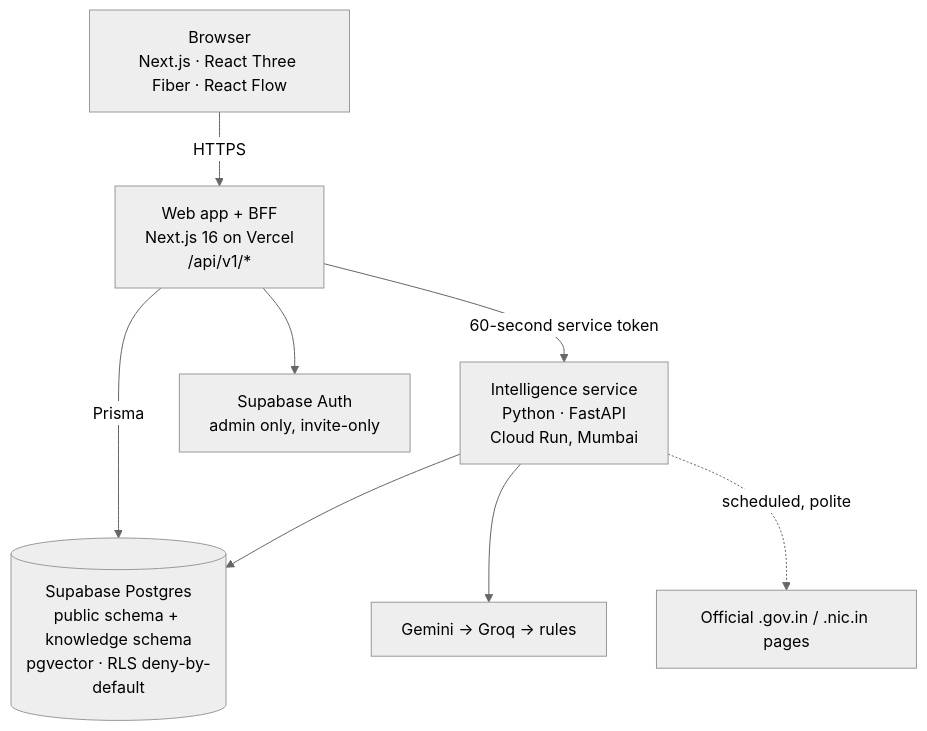
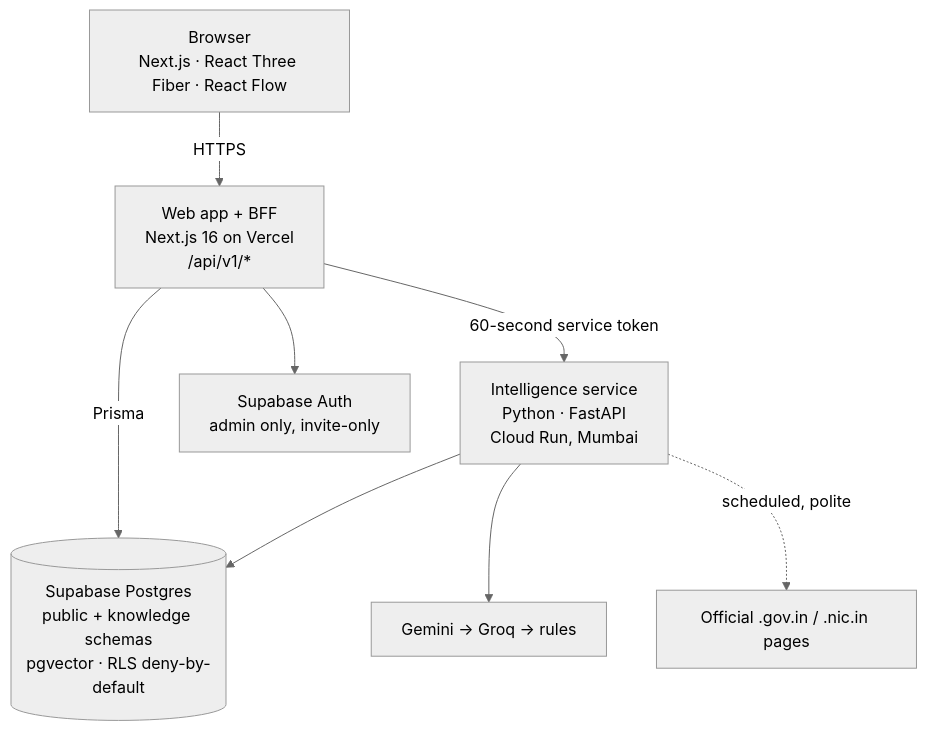
One commit to Gurpreet-pixel-hue/DamnSon changed the second of 4 diagrams in docs/ppt-assets/slidedeck-prompt.md. Above: the diagram before and after it, drawn with Mermaid (neutral theme). The commit also changed other lines of this file and 1 other file, not shown here.

````diff
--- a/docs/ppt-assets/slidedeck-prompt.md
+++ b/docs/ppt-assets/slidedeck-prompt.md
@@ -80,10 +74,10 @@
 ```mermaid
 flowchart TB
   U["Browser<br/>Next.js · React Three Fiber · React Flow"] -->|HTTPS| W["Web app + BFF<br/>Next.js 16 on Vercel<br/>/api/v1/*"]
-  W -->|Prisma| DB[("Supabase Postgres<br/>public schema + knowledge schema<br/>pgvector · RLS deny-by-default")]
+  W -->|Prisma| DB[("Supabase Postgres<br/>public + knowledge schemas<br/>pgvector · RLS deny-by-default")]
   W -->|"60-second service token"| AI["Intelligence service<br/>Python · FastAPI<br/>Cloud Run, Mumbai"]
   AI --> DB
   AI --> L["Gemini → Groq → rules"]
   AI -.->|"scheduled, polite"| GOV["Official .gov.in / .nic.in pages"]
   W --> AUTH["Supabase Auth<br/>admin only, invite-only"]
 ```
````
